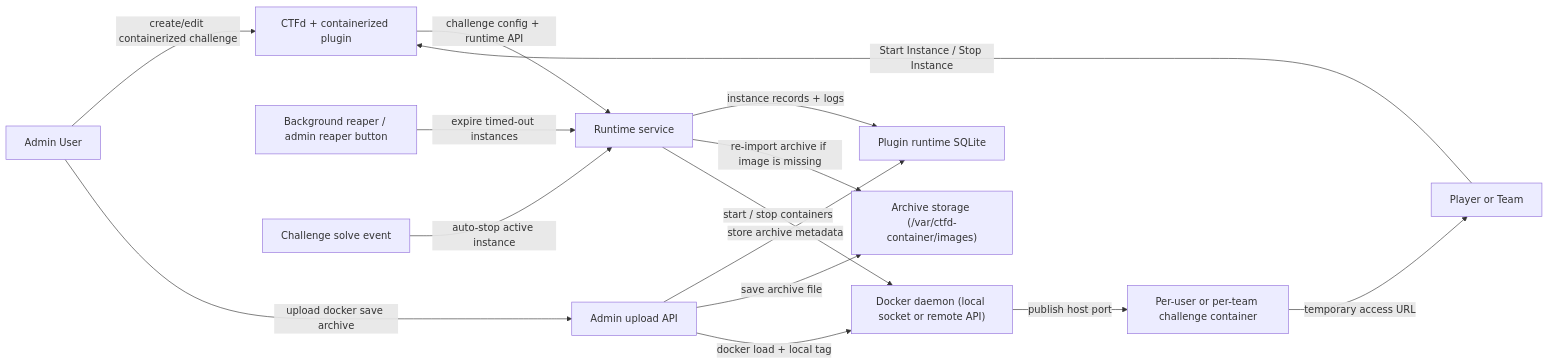
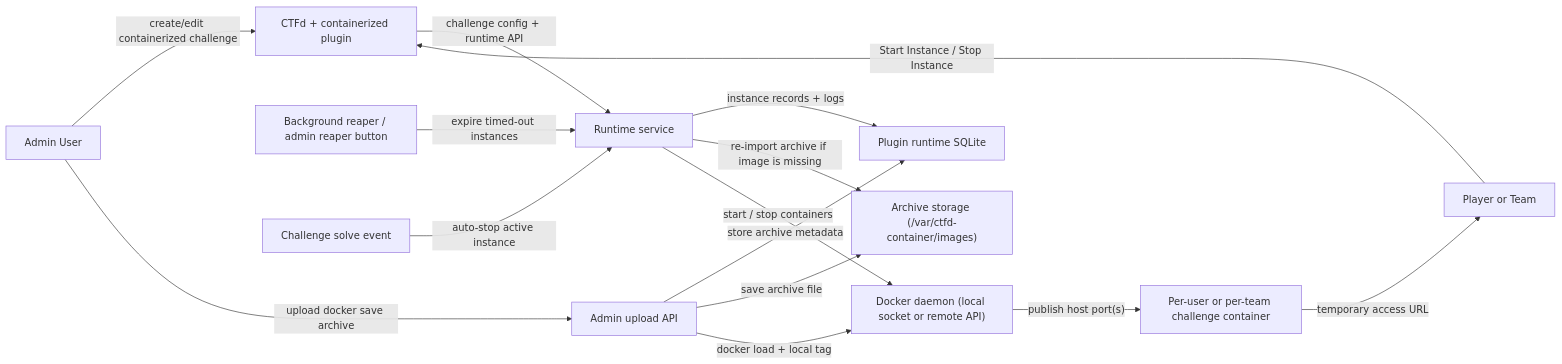
Before and after one commit to Manu-Devloo/Bachelorproef: the diagram in POC-CTFd/README.md, drawn with Mermaid. The commit also changed other lines of this file and 26 other files, not shown here.

Commit message:
feat(plugin): support multi-port challenge runtimes

````diff
--- a/POC-CTFd/README.md
+++ b/POC-CTFd/README.md
@@ -52,21 +82,21 @@
 ```mermaid
 flowchart LR
     Admin["Admin User"] -->|"create/edit containerized challenge"| CTFd["CTFd + containerized plugin"]
     Player["Player or Team"] -->|"Start Instance / Stop Instance"| CTFd
 
     Admin -->|"upload docker save archive"| Upload["Admin upload API"]
     Upload -->|"store archive metadata"| RuntimeDB["Plugin runtime SQLite"]
     Upload -->|"save archive file"| ArchiveStore["Archive storage (/var/ctfd-container/images)"]
     Upload -->|"docker load + local tag"| Docker["Docker daemon (local socket or remote API)"]
 
     CTFd -->|"challenge config + runtime API"| RuntimeService["Runtime service"]
     RuntimeService -->|"instance records + logs"| RuntimeDB
     RuntimeService -->|"re-import archive if image is missing"| ArchiveStore
     RuntimeService -->|"start / stop containers"| Docker
 
-    Docker -->|"publish host port"| Challenge["Per-user or per-team challenge container"]
+    Docker -->|"publish host port(s)"| Challenge["Per-user or per-team challenge container"]
     Challenge -->|"temporary access URL"| Player
 
     Reaper["Background reaper / admin reaper button"] -->|"expire timed-out instances"| RuntimeService
     Solver["Challenge solve event"] -->|"auto-stop active instance"| RuntimeService
 ```
````
